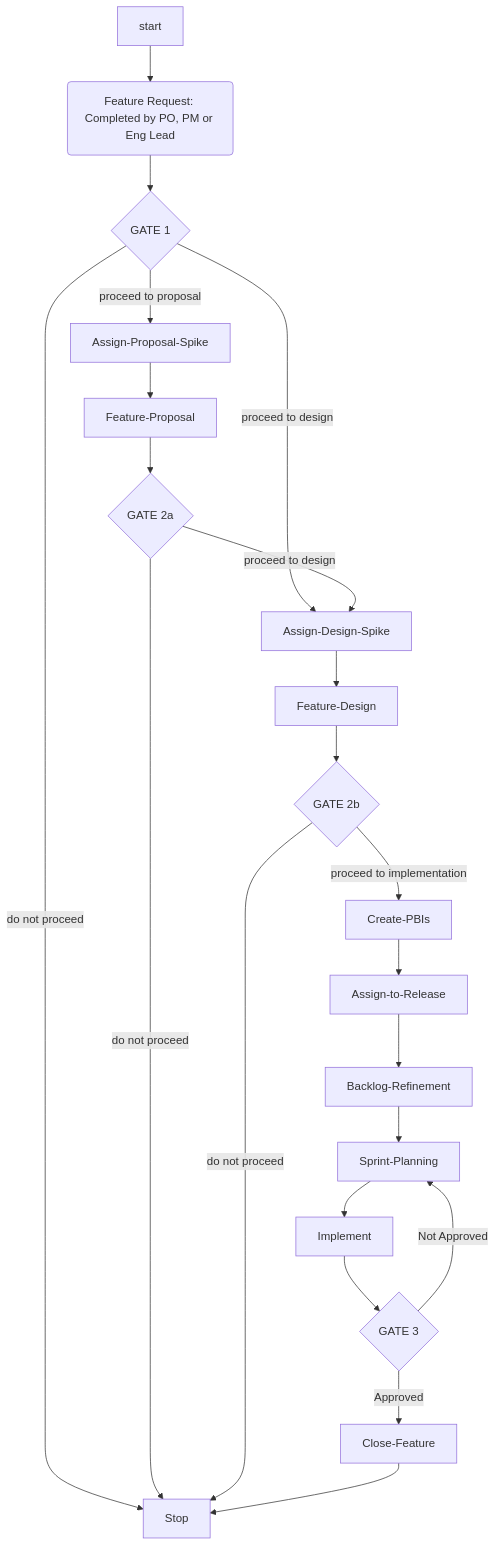
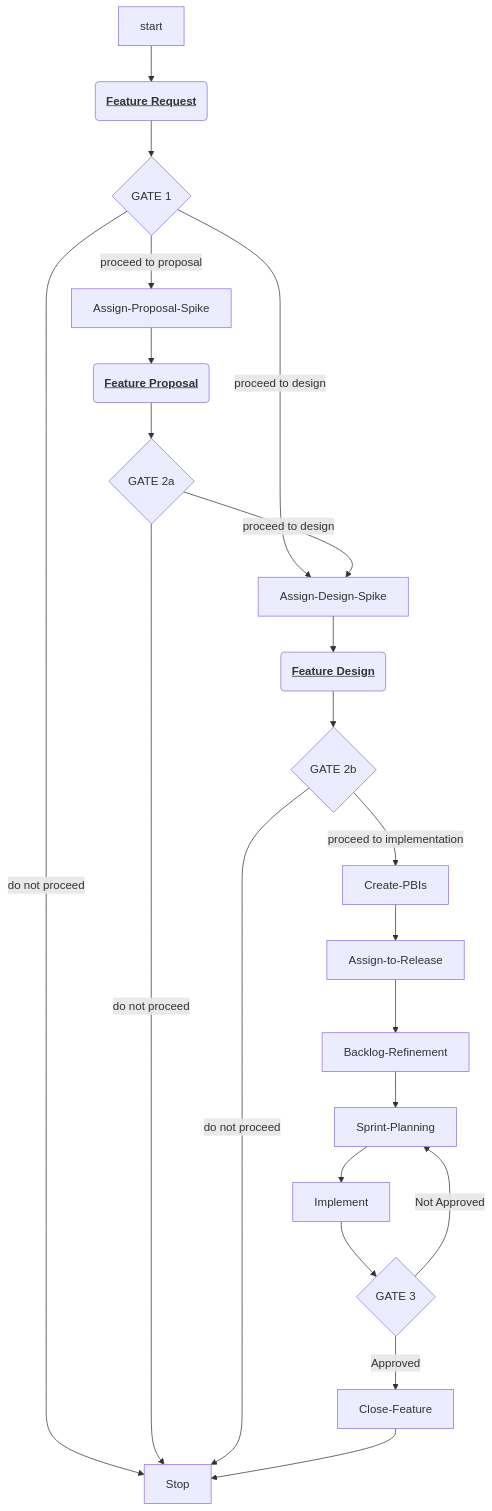
The diagram in README.md (richtremblay-ssc/design_process), drawn with Mermaid before and after one commit. The commit also changed other lines of this file, not shown here.

Commit message:
updadte readme - testing clickable links in mermaid flowchart

````diff
--- a/README.md
+++ b/README.md
@@ -4,35 +9,41 @@
 ```mermaid
 flowchart TD
   Feature-Request(Feature Request: Completed by PO, PM or Eng Lead)
 
   Feature-Governance{GATE 1}
   Proposal-Governance{GATE 2a}
   Design-Governance{GATE 2b}
   Sprint-Review{GATE 3}
 
   start --> Feature-Request
   Feature-Request --> Feature-Governance
 
   Feature-Governance -- proceed to design --> Assign-Design-Spike
   Feature-Governance -- proceed to proposal --> Assign-Proposal-Spike
   Feature-Governance -- do not proceed --> Stop
 
   Assign-Proposal-Spike --> Feature-Proposal
   Feature-Proposal --> Proposal-Governance
   
   Proposal-Governance -- do not proceed --> Stop
   Proposal-Governance -- proceed to design --> Assign-Design-Spike
 
   Assign-Design-Spike --> Feature-Design
   Feature-Design --> Design-Governance
 
   Design-Governance -- proceed to implementation --> Create-PBIs
   Design-Governance -- do not proceed --> Stop
 
   Create-PBIs --> Assign-to-Release
   Assign-to-Release --> Backlog-Refinement --> Sprint-Planning --> Implement --> Sprint-Review
 
   Sprint-Review -- Approved --> Close-Feature --> Stop
   Sprint-Review -- Not Approved --> Sprint-Planning
-
+  
+  Feature-Request("<b><u>Feature Request</b></u>")
+  Feature-Proposal("<b><u>Feature Proposal</b></u>")
+  Feature-Design("<b><u>Feature Design</b></u>")
+  click Feature-Request "./1_feature_request.md" "Feature request template"
+  click Feature-Proposal "./2_feature_proposal.md" "Feature proposal template"
+  click Feature-Design "./3_feature_design_brief.md" "Feature design template"
 ```
````
